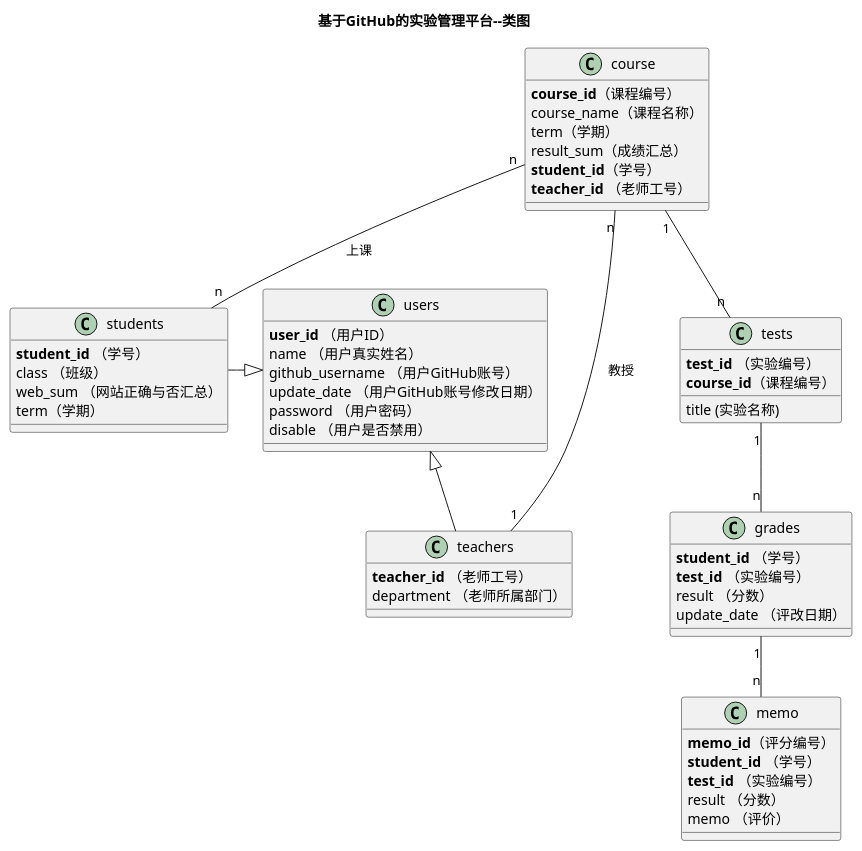
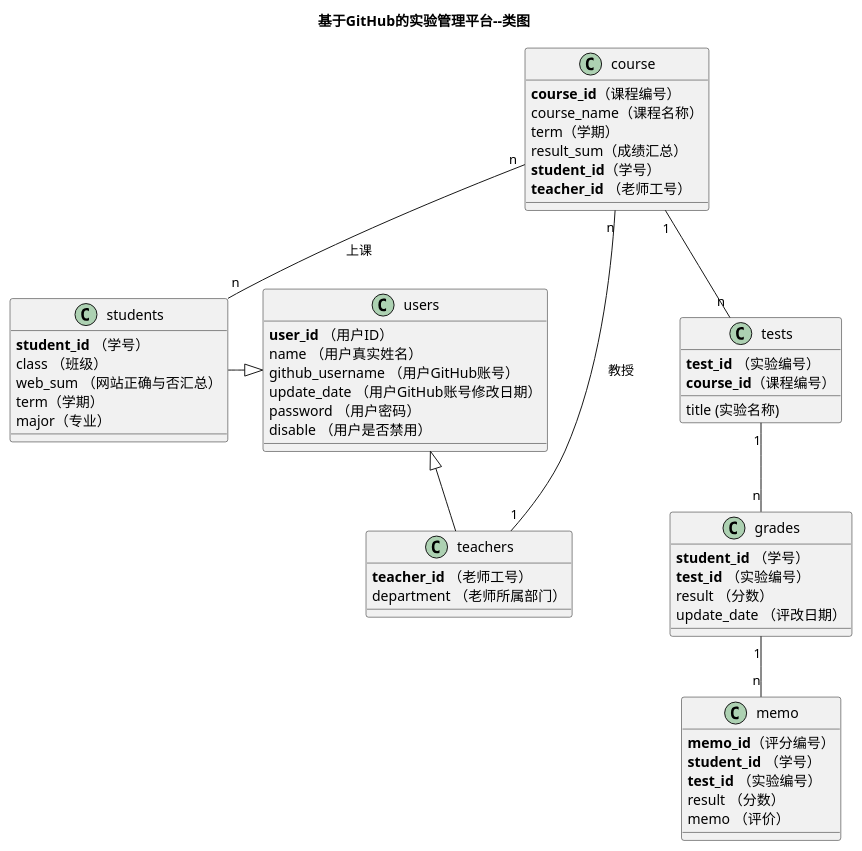
The diagram in test6/src/class.puml (mxbox2/is_analysis), drawn with PlantUML before and after one commit. The commit also changed 3 other files, not shown here.

```diff
--- a/test6/src/class.puml
+++ b/test6/src/class.puml
@@ -1,56 +1,57 @@
 @startuml
 title 基于GitHub的实验管理平台--类图
 class users {
     <b>user_id</b> （用户ID）
     name （用户真实姓名）
     github_username （用户GitHub账号）
     update_date （用户GitHub账号修改日期）
     password （用户密码）
     disable （用户是否禁用）
 }
 class teachers{
     <b>teacher_id</b> （老师工号）
     department （老师所属部门）
 }
 class students{
     <b>student_id</b> （学号）
     class （班级）
     web_sum （网站正确与否汇总）
     term（学期）
+    major（专业）
 }
 students-|>users
 users <|-- teachers
 class grades {
     <b>student_id</b> （学号）
     <b>test_id</b> （实验编号）
     result （分数）
     update_date （评改日期）
 }
 
 class tests {
     <b>test_id</b> （实验编号）
     <b>course_id</b>（课程编号）
     title (实验名称)
 }
 class course{
     <b>course_id</b>（课程编号）
     course_name（课程名称）
     term（学期）
     result_sum（成绩汇总）
     <b>student_id</b>（学号）
    <b>teacher_id</b> （老师工号）
 }
 class memo{
     <b>memo_id</b>（评分编号）
     <b>student_id</b> （学号）
     <b>test_id</b> （实验编号）
     result （分数）
     memo （评价）
 }
 grades"1"--"n"memo
 course "1" -- "n"  tests
 tests "1" -- "n"  grades
 course "n"--"n" students:上课
 course "n"--"1"teachers:教授
 
 @enduml
```
